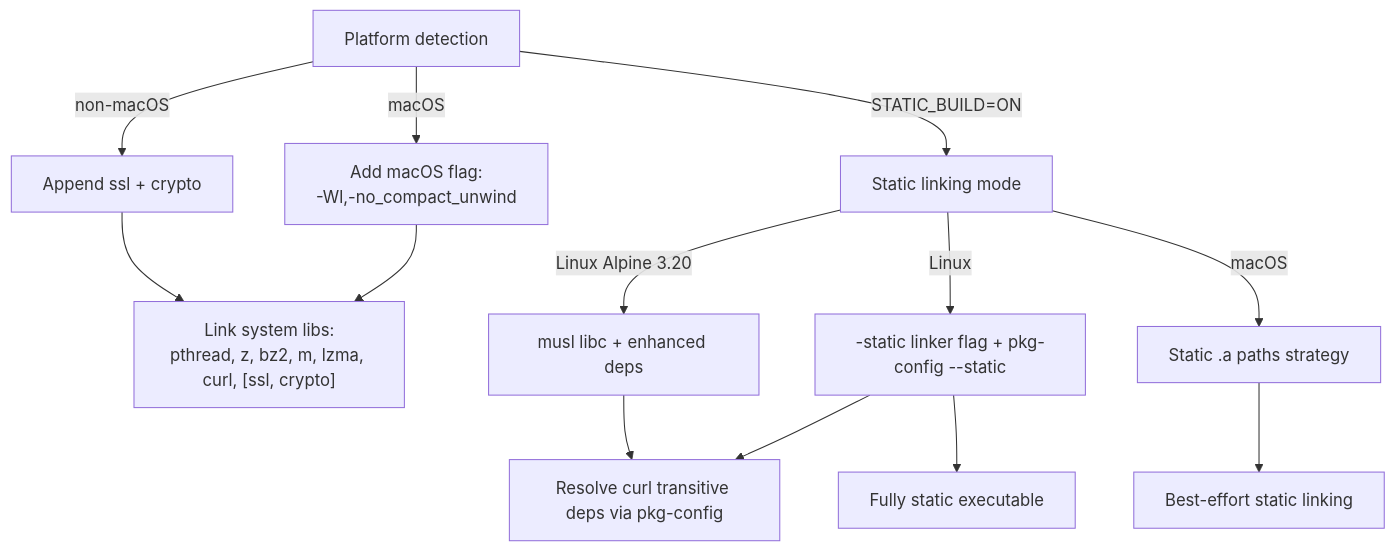
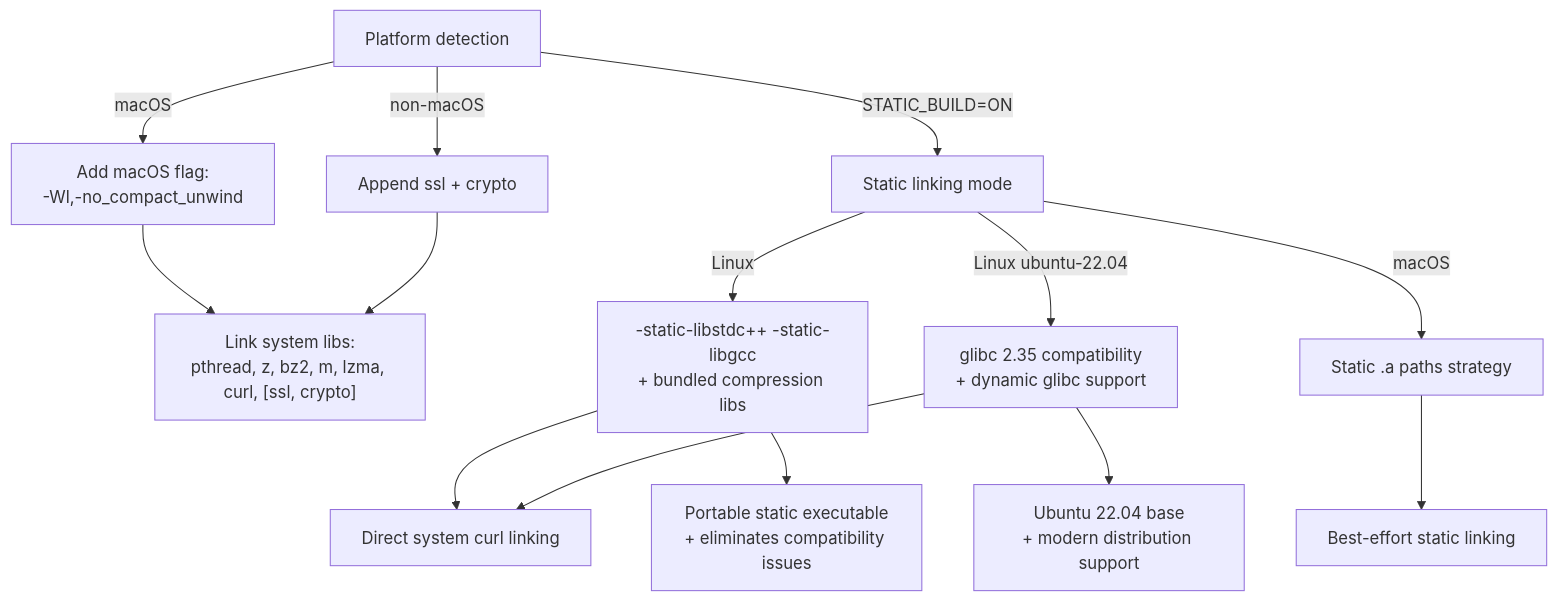
Before and after one commit to ShujiaHuang/BaseVar2: the fifth of 8 diagrams in .qoder/repowiki/en/content/Build System and Configuration.md, drawn with Mermaid. The commit also changed other lines of this file and 5 other files, not shown here.

````diff
--- a/.qoder/repowiki/en/content/Build System and Configuration.md
+++ b/.qoder/repowiki/en/content/Build System and Configuration.md
@@ -238,15 +255,16 @@
 ```mermaid
 flowchart TD
 A["Platform detection"] --> |macOS| M["Add macOS flag:<br/>-Wl,-no_compact_unwind"]
 A --> |non-macOS| N["Append ssl + crypto"]
 M --> L["Link system libs:<br/>pthread, z, bz2, m, lzma, curl, [ssl, crypto]"]
 N --> L
 A --> |STATIC_BUILD=ON| S["Static linking mode"]
-S --> |Linux| LS["-static linker flag + pkg-config --static"]
-S --> |Linux Alpine 3.20| LA["musl libc + enhanced deps"]
+S --> |Linux| LS["-static-libstdc++ -static-libgcc<br/>+ bundled compression libs"]
+S --> |Linux ubuntu-22.04| LU["glibc 2.35 compatibility<br/>+ dynamic glibc support"]
 S --> |macOS| MS["Static .a paths strategy"]
-LS --> CurlDeps["Resolve curl transitive deps via pkg-config"]
-LA --> CurlDeps
-LS --> SL["Fully static executable"]
+LS --> CurlDeps["Direct system curl linking"]
+LU --> CurlDeps
+LS --> SL["Portable static executable<br/>+ eliminates compatibility issues"]
+LU --> LC["Ubuntu 22.04 base<br/>+ modern distribution support"]
 MS --> SM["Best-effort static linking"]
 ```
````
